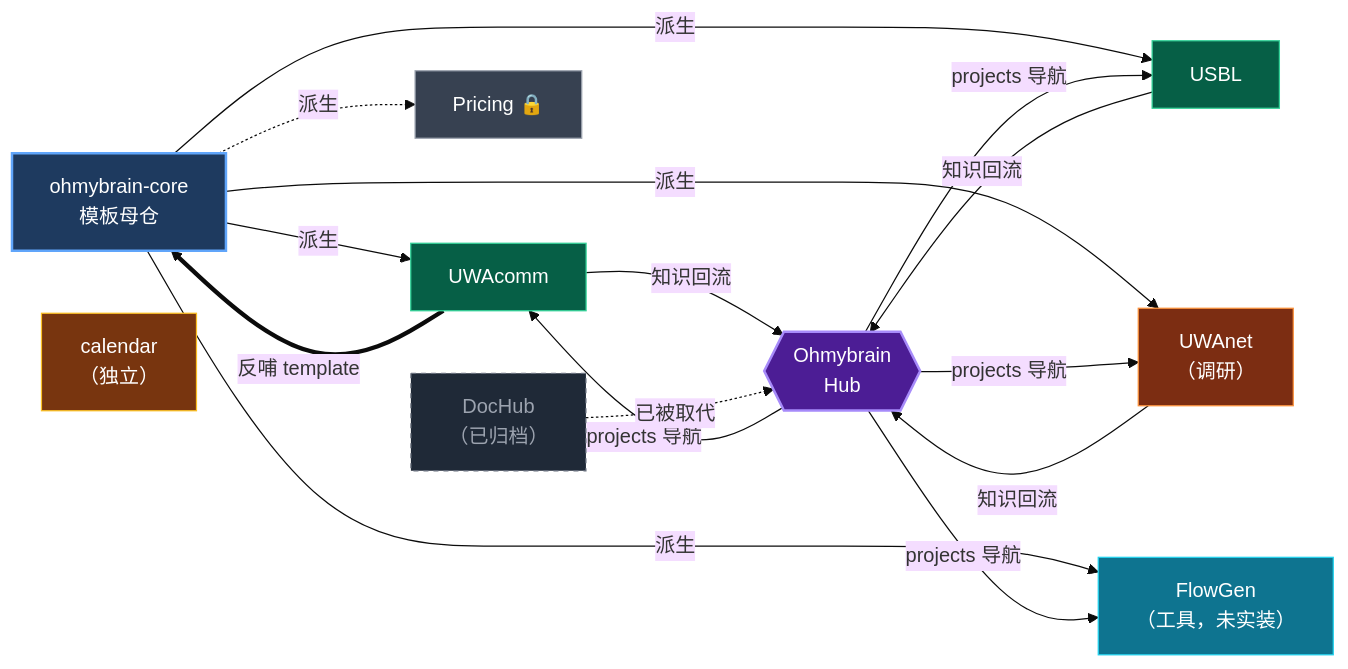
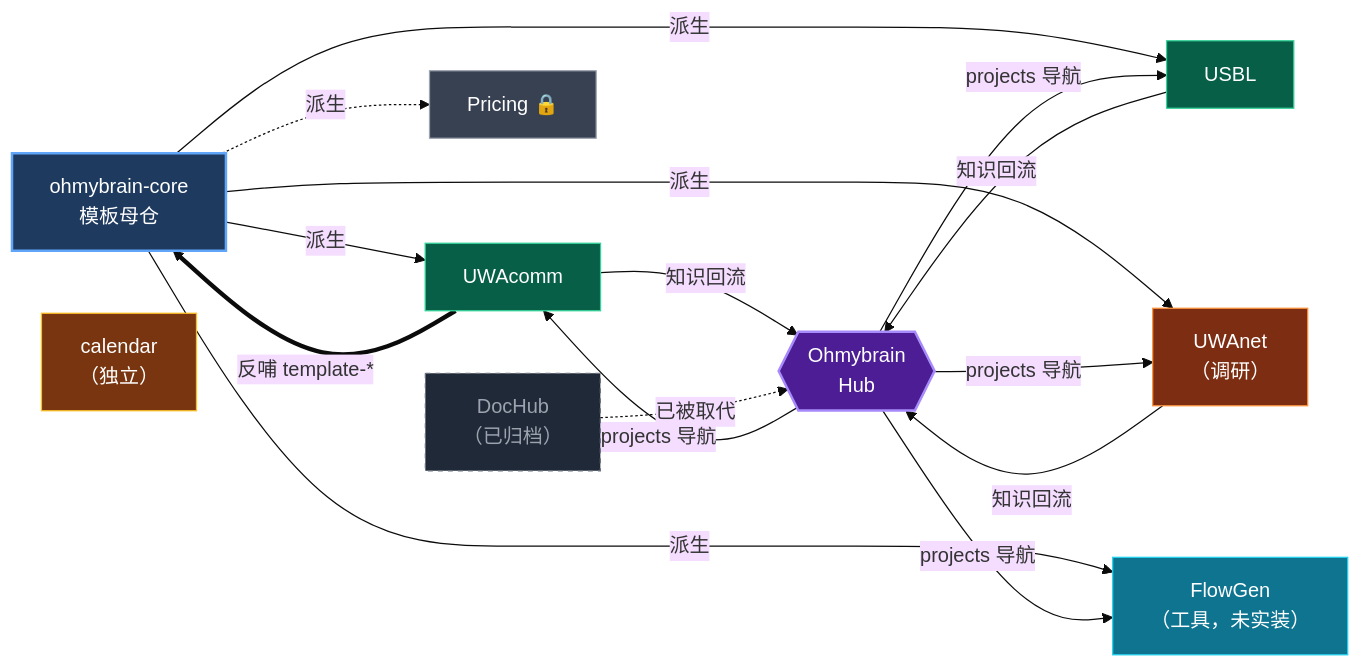
Before and after one commit to lyrenleigh-code/Ohmybrain: the first of 2 diagrams in wiki/architecture/memory-graph.md, drawn with Mermaid (base theme). The commit also changed other lines of this file and 27 other files, not shown here.

````diff
--- a/wiki/architecture/memory-graph.md
+++ b/wiki/architecture/memory-graph.md
@@ -33,49 +33,49 @@
 ```mermaid
 flowchart LR
   classDef template fill:#1e3a5f,color:#fff,stroke:#60a5fa,stroke-width:2px
   classDef hub fill:#4c1d95,color:#fff,stroke:#a78bfa,stroke-width:2px
   classDef active fill:#065f46,color:#fff,stroke:#34d399
   classDef survey fill:#7c2d12,color:#fff,stroke:#fb923c
   classDef tool fill:#0e7490,color:#fff,stroke:#22d3ee
   classDef private fill:#374151,color:#fff,stroke:#9ca3af
   classDef archive fill:#1f2937,color:#9ca3af,stroke:#6b7280,stroke-dasharray:4 4
   classDef notes fill:#78350f,color:#fff,stroke:#fbbf24
 
   core["ohmybrain-core<br/>模板母仓"]
   hub{{"Ohmybrain<br/>Hub"}}
   uw["UWAcomm"]
   usbl["USBL"]
   unet["UWAnet<br/>（调研）"]
   flowgen["FlowGen<br/>（工具，未实装）"]
   price["Pricing 🔒"]
   dochub["DocHub<br/>（已归档）"]
   cal["calendar<br/>（独立）"]
 
   core -->|派生| uw
   core -->|派生| usbl
   core -->|派生| unet
   core -->|派生| flowgen
   core -.派生.-> price
 
   uw -->|知识回流| hub
   usbl -->|知识回流| hub
   unet -->|知识回流| hub
 
-  uw ==反哺 template==> core
+  uw ==反哺 template-*==> core
 
   hub -->|projects 导航| uw
   hub -->|projects 导航| usbl
   hub -->|projects 导航| unet
   hub -->|projects 导航| flowgen
 
   dochub -.已被取代.-> hub
 
   class core template
   class hub hub
   class uw,usbl active
   class unet survey
   class flowgen tool
   class price private
   class dochub archive
   class cal notes
 ```
````
